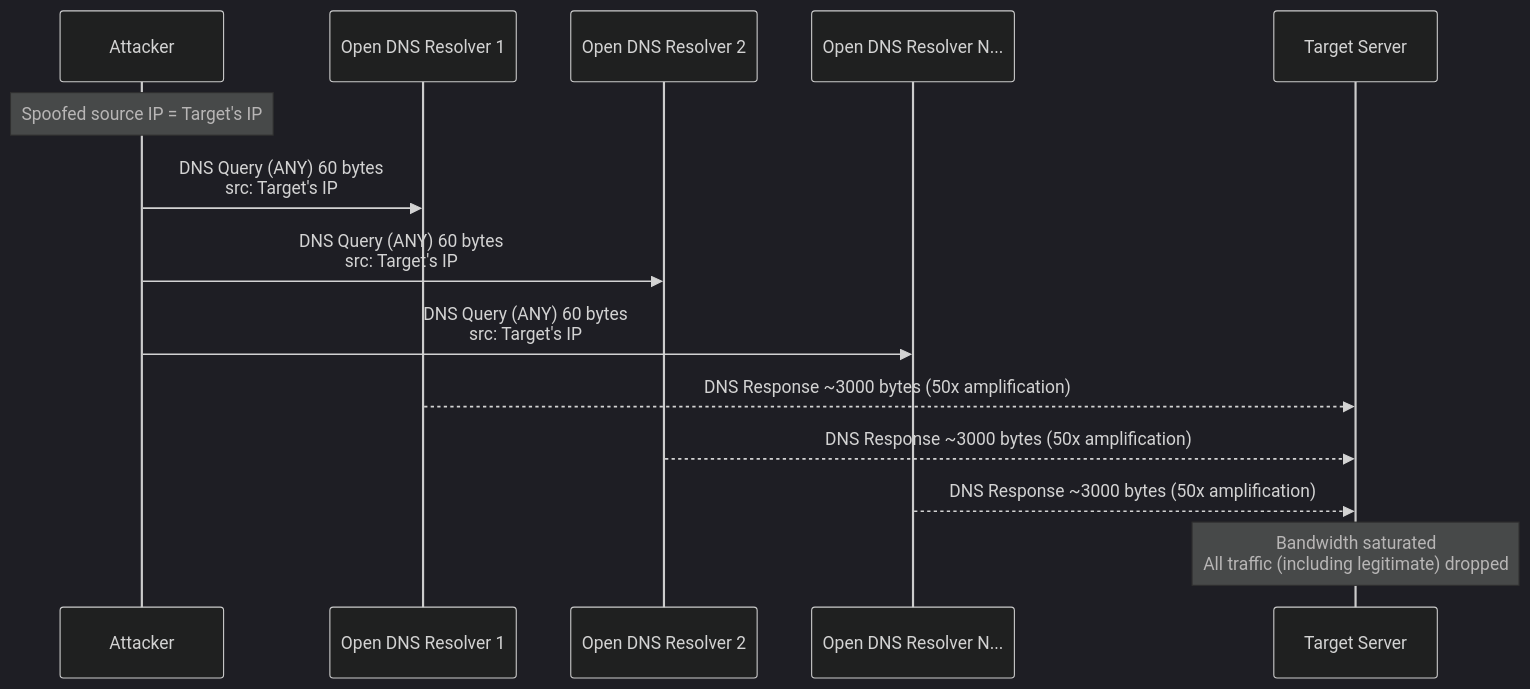
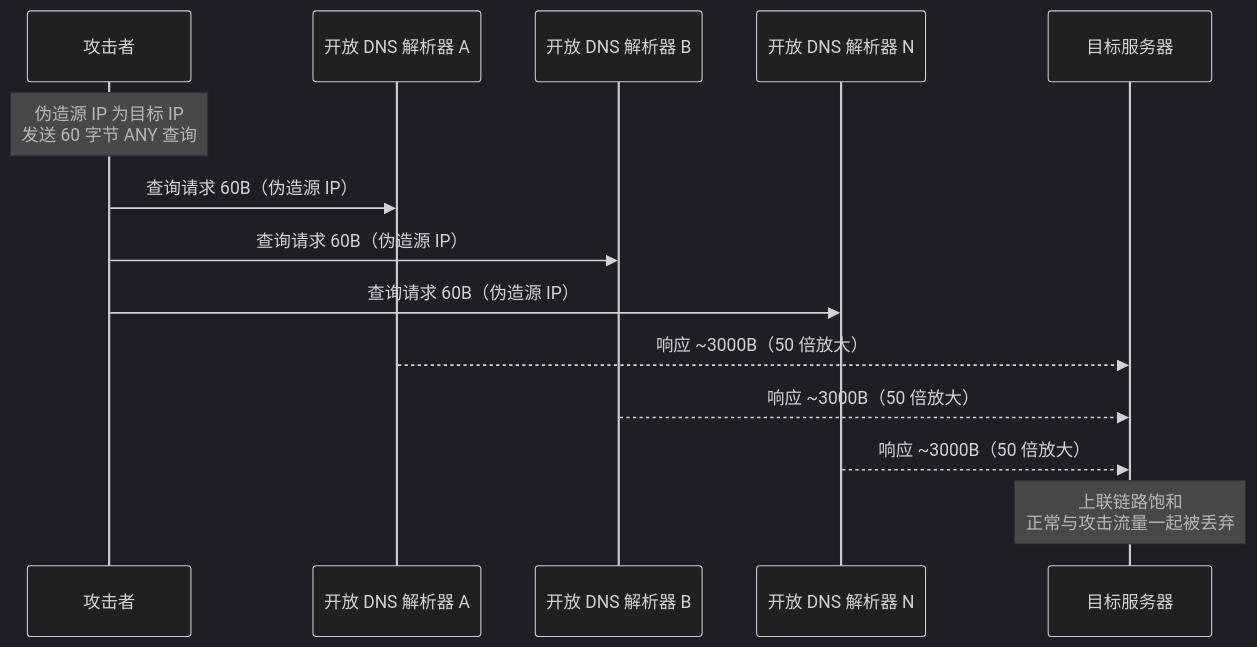
One commit to caozhiyi/network-book changed the first of 4 diagrams in docs/26.洪水来袭DDoS防护.md. Above: the diagram before and after it, drawn with Mermaid (dark theme). The commit also changed other lines of this file and 36 other files, not shown here.

````diff
--- a/docs/26.洪水来袭DDoS防护.md
+++ b/docs/26.洪水来袭DDoS防护.md
@@ -39,19 +29,19 @@
 ```mermaid
 sequenceDiagram
-    participant Attacker as Attacker
-    participant DNS1 as Open DNS Resolver 1
-    participant DNS2 as Open DNS Resolver 2
-    participant DNSn as Open DNS Resolver N...
-    participant Target as Target Server
+    participant 攻击者 as 攻击者
+    participant 解析器1 as 开放 DNS 解析器 A
+    participant 解析器2 as 开放 DNS 解析器 B
+    participant 解析器n as 开放 DNS 解析器 N
+    participant 目标 as 目标服务器
 
-    Note over Attacker: Spoofed source IP = Target's IP
-    Attacker->>DNS1: DNS Query (ANY) 60 bytes<br/>src: Target's IP
-    Attacker->>DNS2: DNS Query (ANY) 60 bytes<br/>src: Target's IP
-    Attacker->>DNSn: DNS Query (ANY) 60 bytes<br/>src: Target's IP
+    Note over 攻击者: 伪造源 IP 为目标 IP<br/>发送 60 字节 ANY 查询
+    攻击者->>解析器1: 查询请求 60B（伪造源 IP）
+    攻击者->>解析器2: 查询请求 60B（伪造源 IP）
+    攻击者->>解析器n: 查询请求 60B（伪造源 IP）
 
-    DNS1-->>Target: DNS Response ~3000 bytes (50x amplification)
-    DNS2-->>Target: DNS Response ~3000 bytes (50x amplification)
-    DNSn-->>Target: DNS Response ~3000 bytes (50x amplification)
+    解析器1-->>目标: 响应 ~3000B（50 倍放大）
+    解析器2-->>目标: 响应 ~3000B（50 倍放大）
+    解析器n-->>目标: 响应 ~3000B（50 倍放大）
 
-    Note over Target: Bandwidth saturated<br/>All traffic (including legitimate) dropped
+    Note over 目标: 上联链路饱和<br/>正常与攻击流量一起被丢弃
 ```
````
